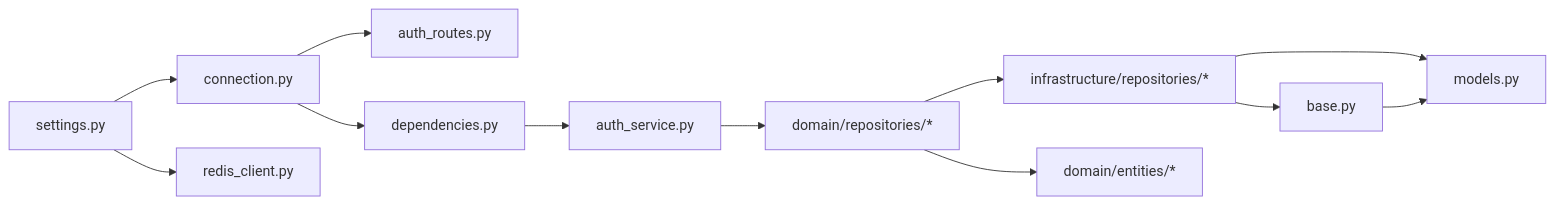
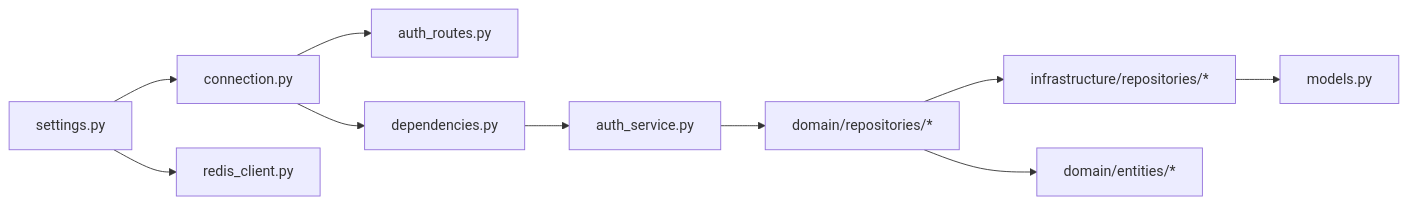
One commit to taoweidong/Hello-FastApi changed the seventh of 7 diagrams in .qoder/repowiki/zh/content/后端架构设计/DDD 分层架构详解/基础设施层（Data Access）.md. Above: the diagram before and after it, drawn with Mermaid. The commit also changed other lines of this file and 75 other files, not shown here.

````diff
--- a/.qoder/repowiki/zh/content/后端架构设计/DDD 分层架构详解/基础设施层（Data Access）.md
+++ b/.qoder/repowiki/zh/content/后端架构设计/DDD 分层架构详解/基础设施层（Data Access）.md
@@ -569,14 +575,12 @@
 ```mermaid
 graph LR
 Settings["settings.py"] --> Conn["connection.py"]
 Settings --> Redis["redis_client.py"]
 Conn --> Routes["auth_routes.py"]
 Conn --> Deps["dependencies.py"]
 Deps --> Svc["auth_service.py"]
 Svc --> DomainRepo["domain/repositories/*"]
 DomainRepo --> InfraRepo["infrastructure/repositories/*"]
-InfraRepo --> BaseRepo["base.py"]
 InfraRepo --> Models["models.py"]
 DomainRepo --> DomainEntity["domain/entities/*"]
-BaseRepo --> Models
 ```
````
